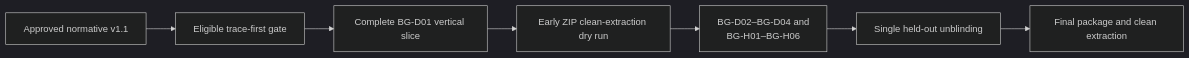
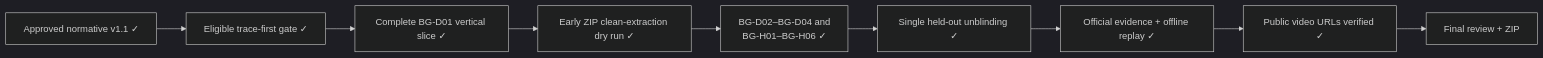
Before and after one commit to BolshakovAndrey/micro1-beyondgreen: the sixth of 6 diagrams in docs/DIAGRAMS_RU.md, drawn with Mermaid (dark theme). The commit also changed other lines of this file and 40 other files, not shown here.

````diff
--- a/docs/DIAGRAMS_RU.md
+++ b/docs/DIAGRAMS_RU.md
@@ -160,9 +161,11 @@
 ```mermaid
 flowchart LR
-    S["Approved normative v1.1"] --> T["Eligible trace-first gate"]
-    T --> D1["Complete BG-D01 vertical slice"]
-    D1 --> Z["Early ZIP clean-extraction dry run"]
-    Z --> D10["BG-D02–BG-D04 and<br/>BG-H01–BG-H06"]
-    D10 --> U["Single held-out unblinding"]
-    U --> F["Final package and clean extraction"]
+    S["Approved normative v1.1 ✓"] --> T["Eligible trace-first gate ✓"]
+    T --> D1["Complete BG-D01 vertical slice ✓"]
+    D1 --> Z["Early ZIP clean-extraction dry run ✓"]
+    Z --> D10["BG-D02–BG-D04 and<br/>BG-H01–BG-H06 ✓"]
+    D10 --> U["Single held-out unblinding ✓"]
+    U --> EVID["Official evidence + offline replay ✓"]
+    EVID --> VIDEO["Public video URLs verified ✓"]
+    VIDEO --> F["Final review + ZIP"]
 ```
````
